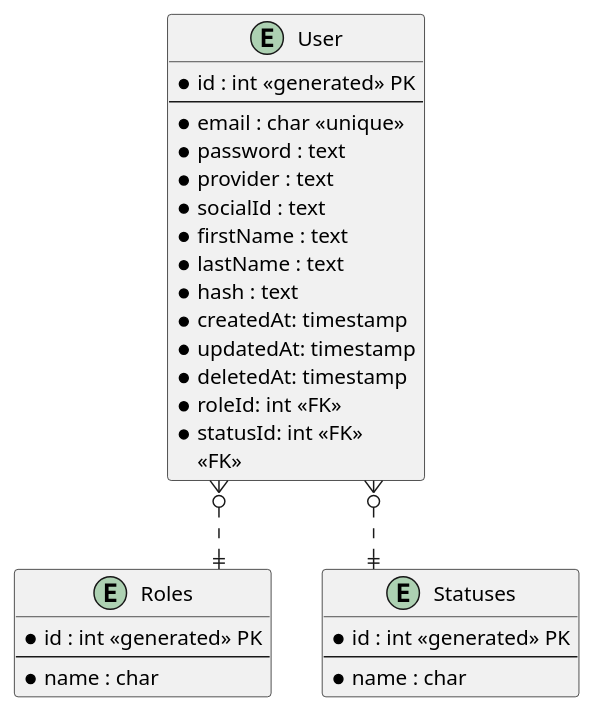
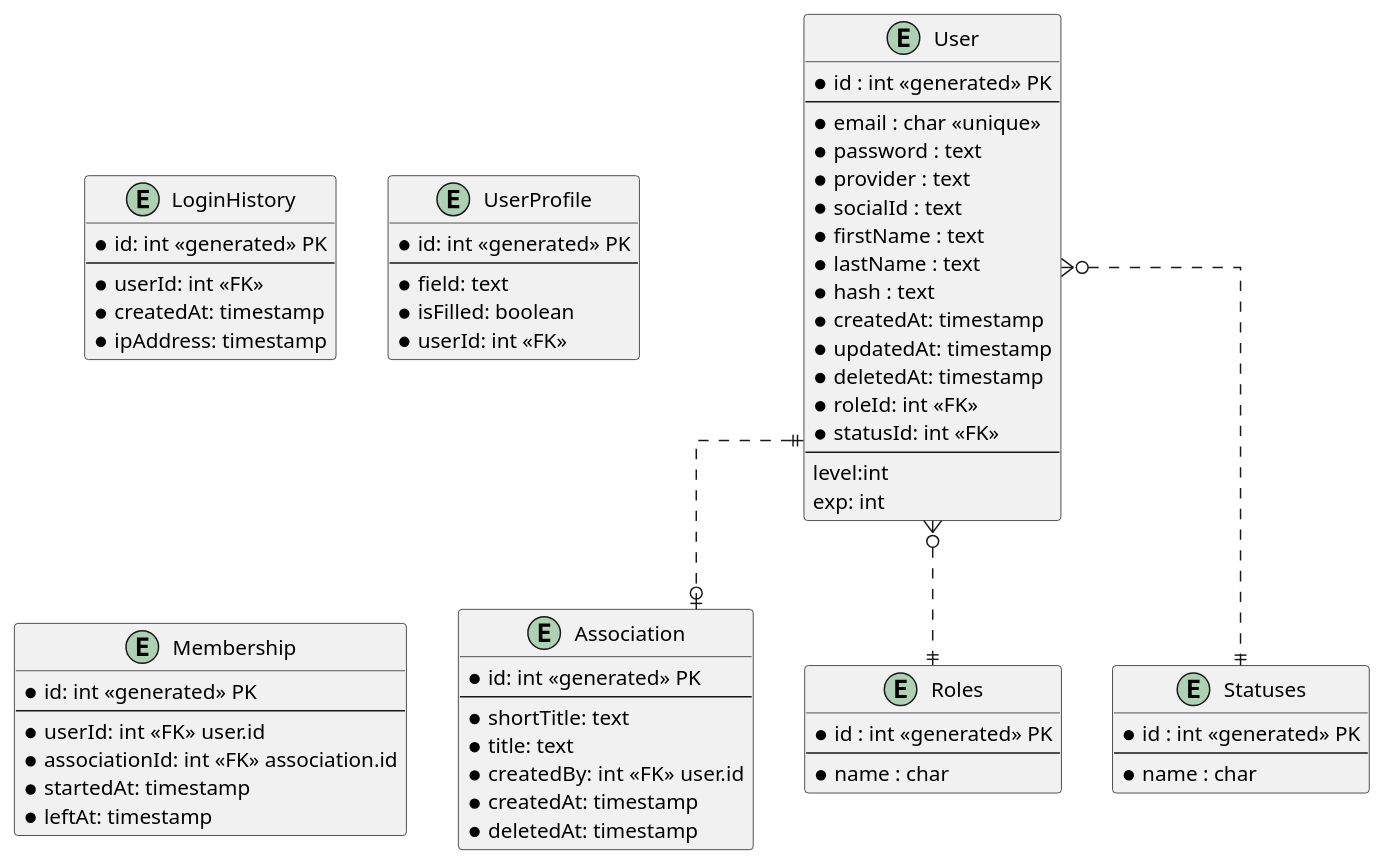
Before and after one commit to rastislavkopal/factcheck_game_service: the diagram in docs/db_design.puml, drawn with PlantUML. The commit also changed 9 other files, not shown here.

```diff
--- a/docs/db_design.puml
+++ b/docs/db_design.puml
@@ -1,42 +1,80 @@
 @startuml
 
 ' hide the spot
 ' hide circle
 
 ' avoid problems with angled crows feet
 skinparam linetype ortho
 
 entity "User" as user {
   *id : int <<generated>> PK
   --
   *email : char <<unique>>
   *password : text
   *provider : text
   *socialId : text
   *firstName : text
   *lastName : text
   *hash : text
   *createdAt: timestamp
   *updatedAt: timestamp
   *deletedAt: timestamp
   *roleId: int <<FK>>
   *statusId: int <<FK>>
-  <<FK>>
+  --
+  level:int
+  exp: int
+}
+
+entity "LoginHistory" as loginHistory {
+  *id: int <<generated>> PK
+  --
+  *userId: int <<FK>>
+  *createdAt: timestamp
+  *ipAddress: timestamp
+}
+
+entity "UserProfile" as userProfile {
+  *id: int <<generated>> PK
+  --
+  *field: text
+  *isFilled: boolean
+  *userId: int <<FK>>
+}
+
+entity "Association" as association {
+  *id: int <<generated>> PK
+  --
+  *shortTitle: text
+  *title: text
+  *createdBy: int <<FK>> user.id
+  *createdAt: timestamp
+  *deletedAt: timestamp
+} 
+
+entity "Membership" as membership {
+  *id: int <<generated>> PK
+  --
+  *userId: int <<FK>> user.id
+  *associationId: int <<FK>> association.id
+  *startedAt: timestamp
+  *leftAt: timestamp
 }
 
 entity "Roles" as roles {
   *id : int <<generated>> PK
   --
   *name : char
 }
 
 entity "Statuses" as statuses {
   *id : int <<generated>> PK
   --
   *name : char
 }
 
 user }o..|| roles
 user }o..|| statuses
+user ||..o| association
 
 @enduml
```
